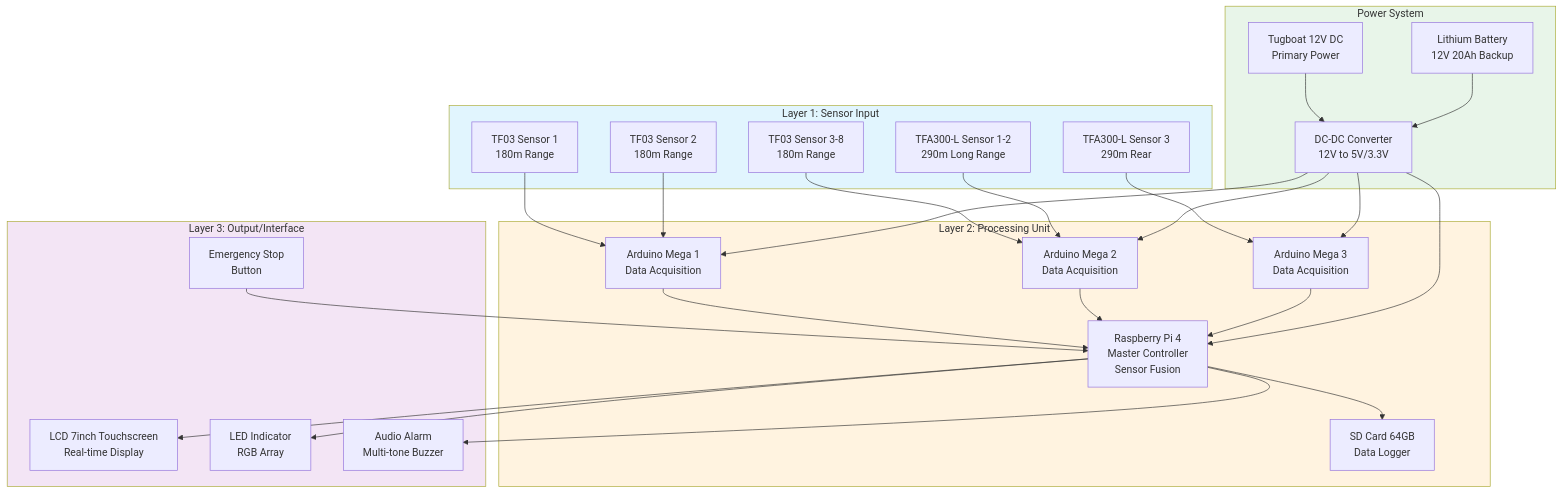
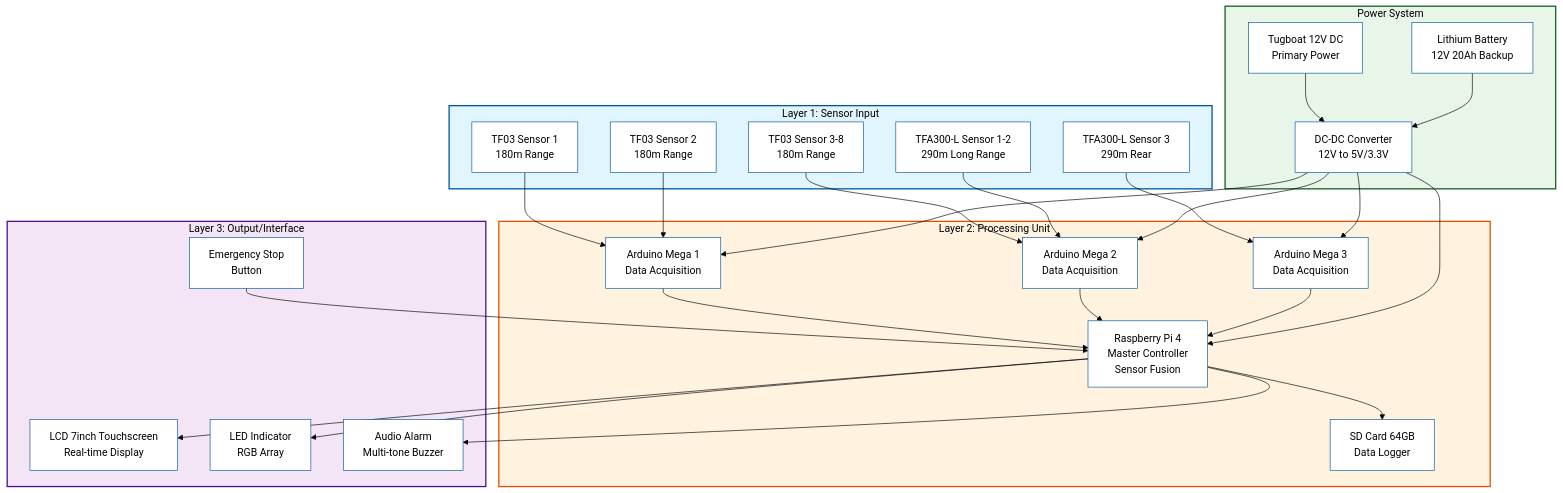
The first of 5 diagrams in 01_PROPOSAL_UTAMA_BESTARI_SAINTEK.md (antonprafanto/buros2025), drawn with Mermaid before and after one commit. The commit also changed other lines of this file, not shown here.

First line of the commit message:
Fix Mermaid diagram visibility for dark mode

````diff
--- a/01_PROPOSAL_UTAMA_BESTARI_SAINTEK.md
+++ b/01_PROPOSAL_UTAMA_BESTARI_SAINTEK.md
@@ -136,77 +136,78 @@
 ```mermaid
+%%{init: {'theme':'base', 'themeVariables': { 'primaryColor':'#e1f5fe','primaryTextColor':'#000','primaryBorderColor':'#01579b','lineColor':'#000','secondaryColor':'#fff3e0','tertiaryColor':'#f3e5f5','background':'#ffffff','mainBkg':'#ffffff','secondBkg':'#f5f5f5','clusterBkg':'#e1f5fe','clusterBorder':'#01579b','edgeLabelBackground':'#ffffff'}}}%%
 graph TB
     subgraph Layer1["Layer 1: Sensor Input"]
         TF03_1["TF03 Sensor 1
         180m Range"]
         TF03_2["TF03 Sensor 2
         180m Range"]
         TF03_3["TF03 Sensor 3-8
         180m Range"]
         TFA_1["TFA300-L Sensor 1-2
         290m Long Range"]
         TFA_2["TFA300-L Sensor 3
         290m Rear"]
     end
 
     subgraph Layer2["Layer 2: Processing Unit"]
         ARD1["Arduino Mega 1
         Data Acquisition"]
         ARD2["Arduino Mega 2
         Data Acquisition"]
         ARD3["Arduino Mega 3
         Data Acquisition"]
         RPI["Raspberry Pi 4
         Master Controller
         Sensor Fusion"]
         SD["SD Card 64GB
         Data Logger"]
     end
 
     subgraph Layer3["Layer 3: Output/Interface"]
         LCD["LCD 7inch Touchscreen
         Real-time Display"]
         LED["LED Indicator
         RGB Array"]
         ALARM["Audio Alarm
         Multi-tone Buzzer"]
         ESTOP["Emergency Stop
         Button"]
     end
 
     subgraph Power["Power System"]
         BOAT["Tugboat 12V DC
         Primary Power"]
         BATT["Lithium Battery
         12V 20Ah Backup"]
         CONV["DC-DC Converter
         12V to 5V/3.3V"]
     end
 
     TF03_1 --> ARD1
     TF03_2 --> ARD1
     TF03_3 --> ARD2
     TFA_1 --> ARD2
     TFA_2 --> ARD3
 
     ARD1 --> RPI
     ARD2 --> RPI
     ARD3 --> RPI
 
     RPI --> SD
     RPI --> LCD
     RPI --> LED
     RPI --> ALARM
     ESTOP --> RPI
 
     BOAT --> CONV
     BATT --> CONV
     CONV --> ARD1
     CONV --> ARD2
     CONV --> ARD3
     CONV --> RPI
 
-    style Layer1 fill:#e1f5fe
-    style Layer2 fill:#fff3e0
-    style Layer3 fill:#f3e5f5
-    style Power fill:#e8f5e9
+    style Layer1 fill:#e1f5fe,stroke:#01579b,stroke-width:2px,color:#000
+    style Layer2 fill:#fff3e0,stroke:#e65100,stroke-width:2px,color:#000
+    style Layer3 fill:#f3e5f5,stroke:#4a148c,stroke-width:2px,color:#000
+    style Power fill:#e8f5e9,stroke:#1b5e20,stroke-width:2px,color:#000
 ```
````
